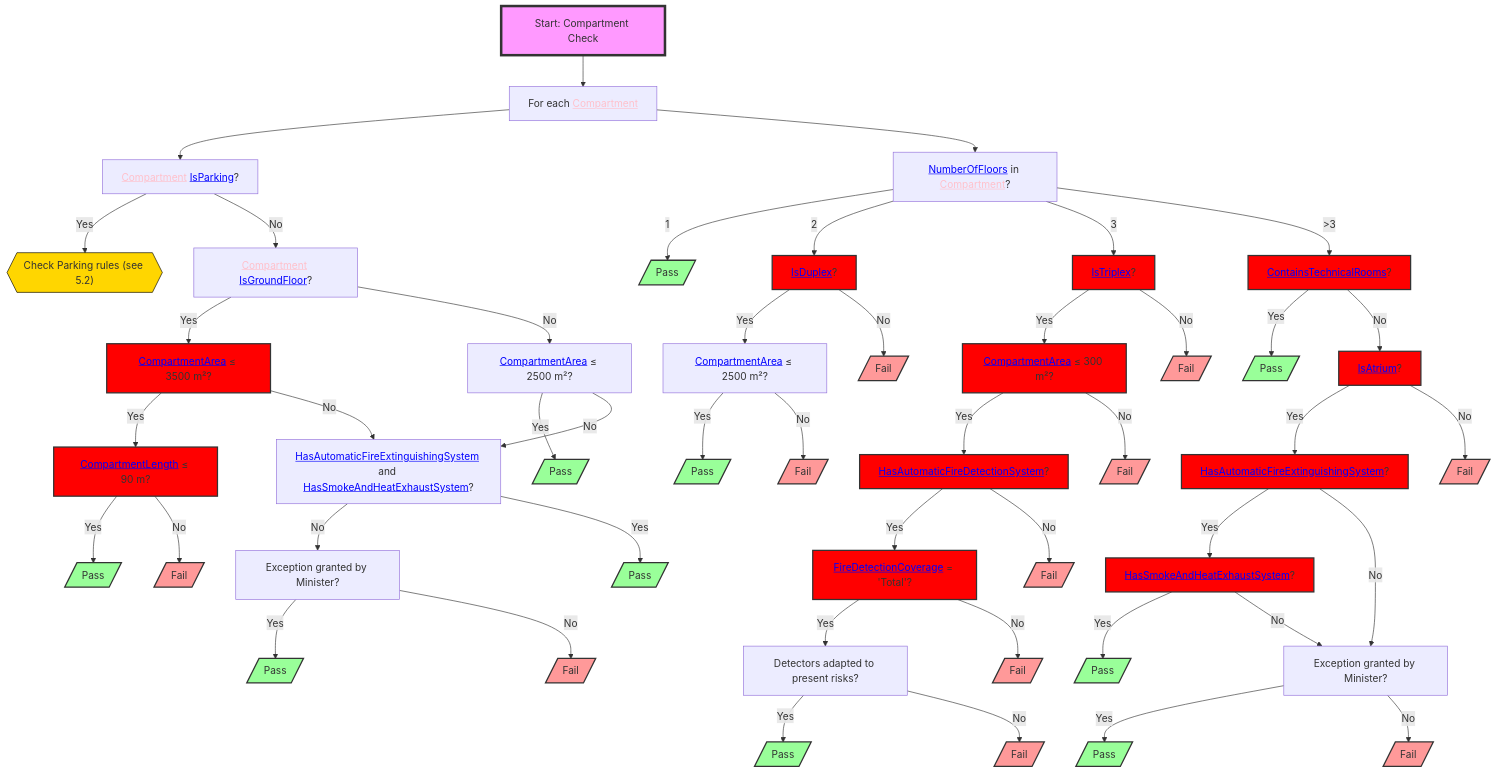
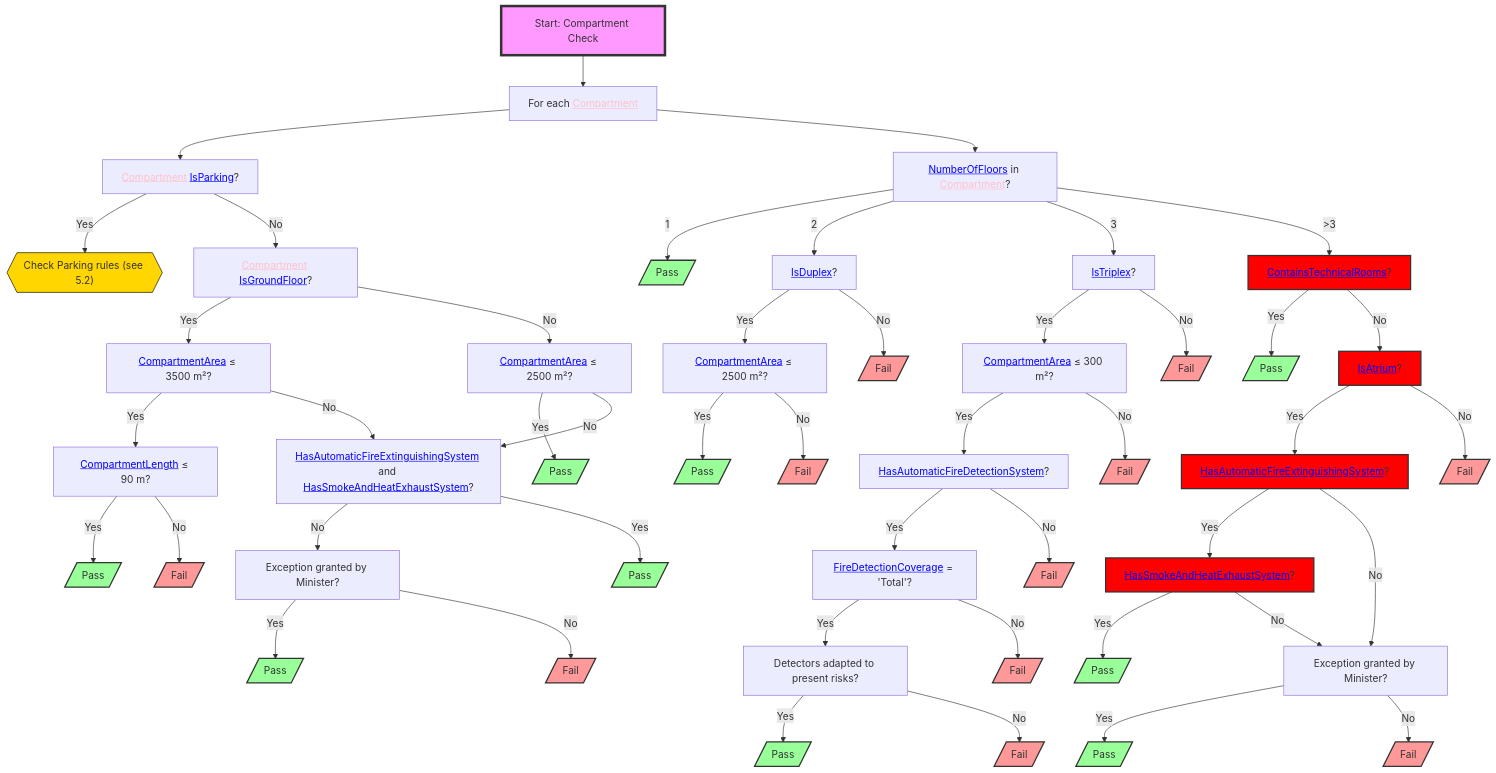
One commit to CedricDriesen92/RulebookProcessing changed the diagram in mmddiagrams/section_2_1_highlighted.mmd. Above: the diagram before and after it, drawn with Mermaid. The commit also changed 8 other files, not shown here.

Commit message:
fixes + example, should now correctly color in red the part of the diagram where the test was failed. to do, embed it into the validation report somehow

```diff
--- a/mmddiagrams/section_2_1_highlighted.mmd
+++ b/mmddiagrams/section_2_1_highlighted.mmd
@@ -1,85 +1,78 @@
 flowchart TD
     S1["Start: Compartment Check"] --> A["For each <a href='http://example.com/firebimbuilding#Compartment' style='color:pink;'>Compartment</a>"]
     A --> B["<a href='http://example.com/firebimbuilding#Compartment' style='color:pink;'>Compartment</a> <a href='http://example.com/firebimbuilding#IsParking' style='color:blue'>IsParking</a>?"] & M["<a href='http://example.com/firebimbuilding#NumberOfFloors' style='color:blue'>NumberOfFloors</a> in <a href='http://example.com/firebimbuilding#Compartment' style='color:pink'>Compartment</a>?"]
     B -- Yes --> C["Check Parking rules (see 5.2)"]
     B -- No --> D["<a href='http://example.com/firebimbuilding#Compartment' style='color:pink;'>Compartment</a> <a href='http://example.com/firebimbuilding#IsGroundFloor' style='color:blue'>IsGroundFloor</a>?"]
     D -- Yes --> E["<a href='http://example.com/firebimbuilding#CompartmentArea' style='color:blue;'>CompartmentArea</a> ≤ 3500 m²?"]
     D -- No --> F["<a href='http://example.com/firebimbuilding#CompartmentArea' style='color:blue;'>CompartmentArea</a> ≤ 2500 m²?"]
     E -- Yes --> G["<a href='http://example.com/firebimbuilding#CompartmentLength' style='color:blue;'>CompartmentLength</a> ≤ 90 m?"]
     E -- No --> H["<a href='http://example.com/firebimbuilding#HasAutomaticFireExtinguishingSystem' style='color:blue;'>HasAutomaticFireExtinguishingSystem</a> and <a href='http://example.com/firebimbuilding#HasSmokeAndHeatExhaustSystem' style='color:blue'>HasSmokeAndHeatExhaustSystem</a>?"]
     F -- Yes --> I[/"Pass"/]
     F -- No --> H
     G -- Yes --> IA[/"Pass"/]
     G -- No --> J[/"Fail"/]
     H -- No --> L["Exception granted by Minister?"]
     L -- Yes --> IC[/"Pass"/]
     L -- No --> JA[/"Fail"/]
     M -- 1 --> N[/"Pass"/]
     M -- 2 --> O["<a href='http://example.com/firebimbuilding#IsDuplex' style='color:blue;'>IsDuplex</a>?"]
     M -- 3 --> P["<a href='http://example.com/firebimbuilding#IsTriplex' style='color:blue;'>IsTriplex</a>?"]
     M -- >3 --> Q["<a href='http://example.com/firebimbuilding#ContainsTechnicalRooms' style='color:blue;'>ContainsTechnicalRooms</a>?"]
     O -- Yes --> R["<a href='http://example.com/firebimbuilding#CompartmentArea' style='color:blue;'>CompartmentArea</a> ≤ 2500 m²?"]
     O -- No --> JB[/"Fail"/]
     P -- Yes --> S["<a href='http://example.com/firebimbuilding#CompartmentArea' style='color:blue;'>CompartmentArea</a> ≤ 300 m²?"]
     P -- No --> JC[/"Fail"/]
     Q -- Yes --> T[/"Pass"/]
     Q -- No --> U["<a href='http://example.com/firebimbuilding#IsAtrium' style='color:blue;'>IsAtrium</a>?"]
     R -- Yes --> NA[/"Pass"/]
     R -- No --> JD[/"Fail"/]
     S -- Yes --> V["<a href='http://example.com/firebimbuilding#HasAutomaticFireDetectionSystem' style='color:blue;'>HasAutomaticFireDetectionSystem</a>?"]
     S -- No --> JE[/"Fail"/]
     U -- Yes --> W["<a href='http://example.com/firebimbuilding#HasAutomaticFireExtinguishingSystem' style='color:blue;'>HasAutomaticFireExtinguishingSystem</a>?"]
     U -- No --> JF[/"Fail"/]
     V -- Yes --> X["<a href='http://example.com/firebimbuilding#FireDetectionCoverage' style='color:blue;'>FireDetectionCoverage</a> = 'Total'?"]
     V -- No --> JG[/"Fail"/]
     W -- Yes --> Y["<a href='http://example.com/firebimbuilding#HasSmokeAndHeatExhaustSystem' style='color:blue;'>HasSmokeAndHeatExhaustSystem</a>?"]
     W -- No --> Z["Exception granted by Minister?"]
     X -- Yes --> AA["Detectors adapted to present risks?"]
     X -- No --> JH[/"Fail"/]
     Y -- Yes --> AB[/"Pass"/]
     Y -- No --> Z
     Z -- Yes --> AC[/"Pass"/]
     Z -- No --> JI[/"Fail"/]
     AA -- Yes --> AD[/"Pass"/]
     AA -- No --> JJ[/"Fail"/]
     H -- Yes --> IB[/"Pass"/]
 
     C@{shape: hex}
     S1:::startClass
     I:::passClass
     IA:::passClass
     J:::failClass
     IC:::passClass
     JA:::failClass
     N:::passClass
     JB:::failClass
     JC:::failClass
     T:::passClass
     NA:::passClass
     JD:::failClass
     JE:::failClass
     JF:::failClass
     JG:::failClass
     JH:::failClass
     AB:::passClass
     AC:::passClass
     JI:::failClass
     AD:::passClass
     JJ:::failClass
     IB:::passClass
     classDef startClass fill:#f9f,stroke:#333,stroke-width:4px
 classDef failed fill:#ff0000,stroke:#333,stroke-width:2px
     classDef passClass fill:#9f9,stroke:#333,stroke-width:2px
     classDef failClass fill:#f99,stroke:#333,stroke-width:2px
     style C stroke:#000000,stroke-width:1px,stroke-dasharray:0,fill:#FFD600
-P:::failed
+W:::failed
+U:::failed
+Q:::failed
 Y:::failed
-S:::failed
-X:::failed
-Q:::failed
-E:::failed
-U:::failed
-O:::failed
-W:::failed
-G:::failed
-V:::failed
```
